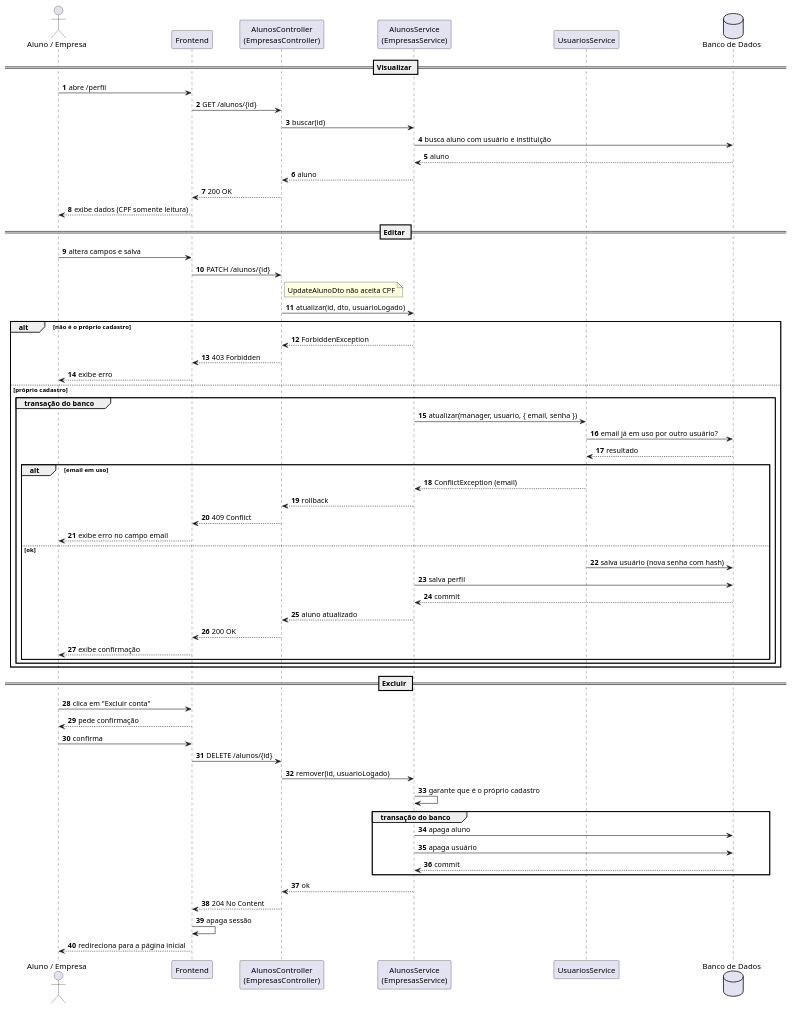
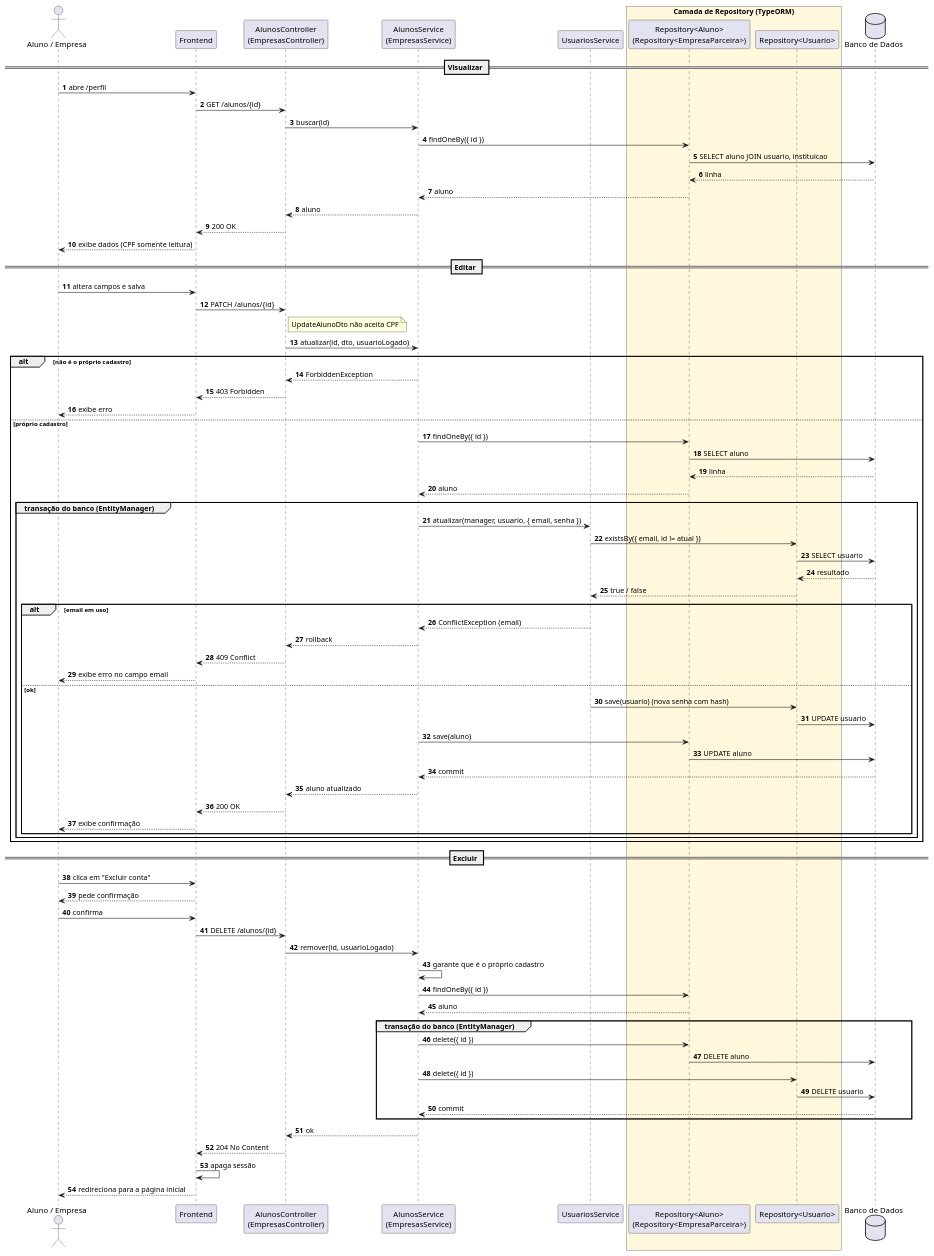
Before and after one commit to pazzutti/lab03-sistema-moeda-estudantil: the diagram in docs/diagramas/sequencia/uc04-manter-dados-cadastrais.puml, drawn with PlantUML. The commit also changed 21 other files, not shown here.

```diff
--- a/docs/diagramas/sequencia/uc04-manter-dados-cadastrais.puml
+++ b/docs/diagramas/sequencia/uc04-manter-dados-cadastrais.puml
@@ -1,77 +1,95 @@
 @startuml uc04_manter_dados_cadastrais
 ' =====================================================================
 ' Sistema de Moeda Estudantil
 ' Diagrama de Sequencia - UC04 Manter dados cadastrais (HU04 / HU12)
 ' Fonte versionada em docs/diagramas/sequencia/uc04-manter-dados-cadastrais.puml
 ' O fluxo e o mesmo para aluno (/alunos) e empresa (/empresas);
 ' o diagrama usa o aluno como exemplo.
 ' =====================================================================
 
 skinparam shadowing false
 autonumber
 
 actor "Aluno / Empresa" as Usuario
 participant Frontend
 participant "AlunosController\n(EmpresasController)" as Controller
 participant "AlunosService\n(EmpresasService)" as Service
 participant "UsuariosService" as Usuarios
+box "Camada de Repository (TypeORM)" #FFF8DC
+  participant "Repository<Aluno>\n(Repository<EmpresaParceira>)" as PerfilRepo
+  participant "Repository<Usuario>" as UsuarioRepo
+end box
 database "Banco de Dados" as BD
 
 == Visualizar ==
 Usuario -> Frontend : abre /perfil
 Frontend -> Controller : GET /alunos/{id}
 Controller -> Service : buscar(id)
-Service -> BD : busca aluno com usuário e instituição
-BD --> Service : aluno
+Service -> PerfilRepo : findOneBy({ id })
+PerfilRepo -> BD : SELECT aluno JOIN usuario, instituicao
+BD --> PerfilRepo : linha
+PerfilRepo --> Service : aluno
 Service --> Controller : aluno
 Controller --> Frontend : 200 OK
 Frontend --> Usuario : exibe dados (CPF somente leitura)
 
 == Editar ==
 Usuario -> Frontend : altera campos e salva
 Frontend -> Controller : PATCH /alunos/{id}
 note right of Controller : UpdateAlunoDto não aceita CPF
 Controller -> Service : atualizar(id, dto, usuarioLogado)
 alt não é o próprio cadastro
   Service --> Controller : ForbiddenException
   Controller --> Frontend : 403 Forbidden
   Frontend --> Usuario : exibe erro
 else próprio cadastro
-  group transação do banco
+  Service -> PerfilRepo : findOneBy({ id })
+  PerfilRepo -> BD : SELECT aluno
+  BD --> PerfilRepo : linha
+  PerfilRepo --> Service : aluno
+  group transação do banco (EntityManager)
     Service -> Usuarios : atualizar(manager, usuario, { email, senha })
-    Usuarios -> BD : email já em uso por outro usuário?
-    BD --> Usuarios : resultado
+    Usuarios -> UsuarioRepo : existsBy({ email, id != atual })
+    UsuarioRepo -> BD : SELECT usuario
+    BD --> UsuarioRepo : resultado
+    UsuarioRepo --> Usuarios : true / false
     alt email em uso
       Usuarios --> Service : ConflictException (email)
       Service --> Controller : rollback
       Controller --> Frontend : 409 Conflict
       Frontend --> Usuario : exibe erro no campo email
     else ok
-      Usuarios -> BD : salva usuário (nova senha com hash)
-      Service -> BD : salva perfil
+      Usuarios -> UsuarioRepo : save(usuario) (nova senha com hash)
+      UsuarioRepo -> BD : UPDATE usuario
+      Service -> PerfilRepo : save(aluno)
+      PerfilRepo -> BD : UPDATE aluno
       BD --> Service : commit
       Service --> Controller : aluno atualizado
       Controller --> Frontend : 200 OK
       Frontend --> Usuario : exibe confirmação
     end
   end
 end
 
 == Excluir ==
 Usuario -> Frontend : clica em "Excluir conta"
 Frontend --> Usuario : pede confirmação
 Usuario -> Frontend : confirma
 Frontend -> Controller : DELETE /alunos/{id}
 Controller -> Service : remover(id, usuarioLogado)
 Service -> Service : garante que é o próprio cadastro
-group transação do banco
-  Service -> BD : apaga aluno
-  Service -> BD : apaga usuário
+Service -> PerfilRepo : findOneBy({ id })
+PerfilRepo --> Service : aluno
+group transação do banco (EntityManager)
+  Service -> PerfilRepo : delete({ id })
+  PerfilRepo -> BD : DELETE aluno
+  Service -> UsuarioRepo : delete({ id })
+  UsuarioRepo -> BD : DELETE usuario
   BD --> Service : commit
 end
 Service --> Controller : ok
 Controller --> Frontend : 204 No Content
 Frontend -> Frontend : apaga sessão
 Frontend --> Usuario : redireciona para a página inicial
 
 @enduml
```
